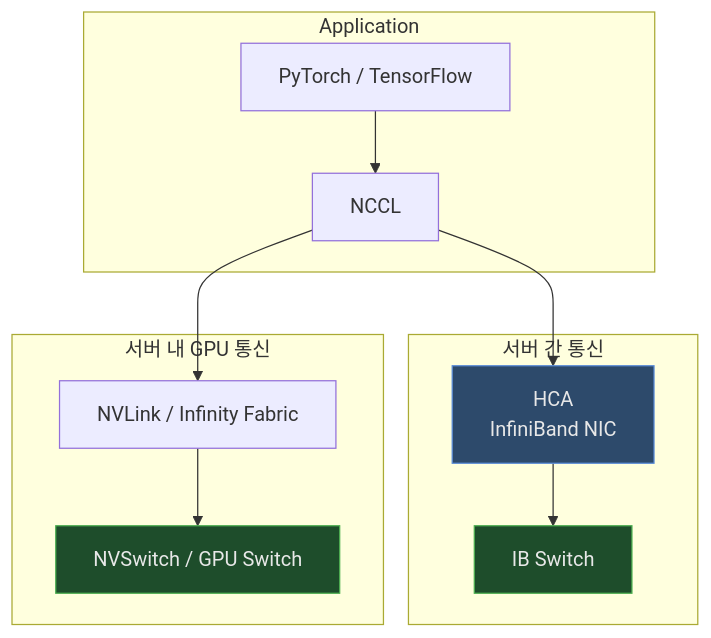
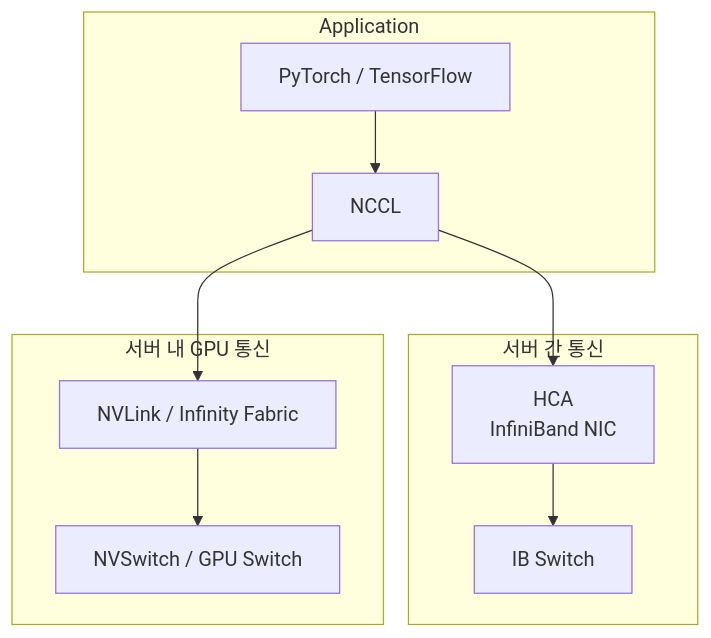
One commit to juwon8891/juwon8891.github.io changed the sixth of 6 diagrams in docs/gpu/infiniband-nvlink-nvswitch.md. Above: the diagram before and after it, drawn with Mermaid. The commit also changed other lines of this file and 29 other files, not shown here.

````diff
--- a/docs/gpu/infiniband-nvlink-nvswitch.md
+++ b/docs/gpu/infiniband-nvlink-nvswitch.md
@@ -272,28 +273,24 @@
 ```mermaid
 graph TB
     subgraph "Application"
         APP[PyTorch / TensorFlow]
         NCCL[NCCL]
     end
 
     subgraph "서버 간 통신"
         HCA[HCA<br/>InfiniBand NIC]
         IB_SW[IB Switch]
     end
 
     subgraph "서버 내 GPU 통신"
         GPU_LINK[NVLink / Infinity Fabric]
         GPU_SW[NVSwitch / GPU Switch]
     end
 
     APP --> NCCL
     NCCL --> GPU_LINK
     NCCL --> HCA
     GPU_LINK --> GPU_SW
     HCA --> IB_SW
 
-    style HCA fill:#2d4a6b,stroke:#5b8dd9,color:#e8e8e8
-    style IB_SW fill:#1e4d2b,stroke:#4caf50,color:#e8e8e8
-    style GPU_SW fill:#1e4d2b,stroke:#4caf50,color:#e8e8e8
-
 ```
````
